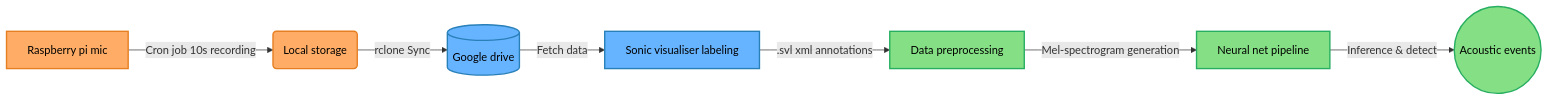
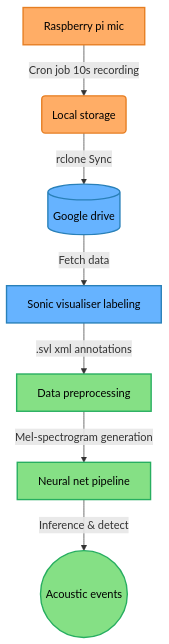
Before and after one commit to milanto-hery/bioacoustic-monitoring: the diagram in docs/architecture.md, drawn with Mermaid. The commit also changed 4 other files, not shown here.

Commit message:
UI: Refine layout, fix broken links, revert mermaid to vertical, and clean content

```diff
--- a/docs/architecture.md
+++ b/docs/architecture.md
@@ -17,13 +17,13 @@
 <div class="mermaid">
-graph LR
+graph TD
     classDef hardware fill:#ffad66,stroke:#e67e22,stroke-width:2px,color:#000
     classDef data fill:#66b3ff,stroke:#2980b9,stroke-width:2px,color:#000
     classDef ai fill:#85e085,stroke:#27ae60,stroke-width:2px,color:#000
 
     A[Raspberry pi mic]:::hardware -->|Cron job 10s recording| B(Local storage):::hardware
     B -->|rclone Sync| C[(Google drive)]:::data
     C -->|Fetch data| D[Sonic visualiser labeling]:::data
     D -->|.svl xml annotations| E[Data preprocessing]:::ai
     E -->|Mel-spectrogram generation| F[Neural net pipeline]:::ai
     F -->|Inference & detect| G((Acoustic events)):::ai
 </div>
```
